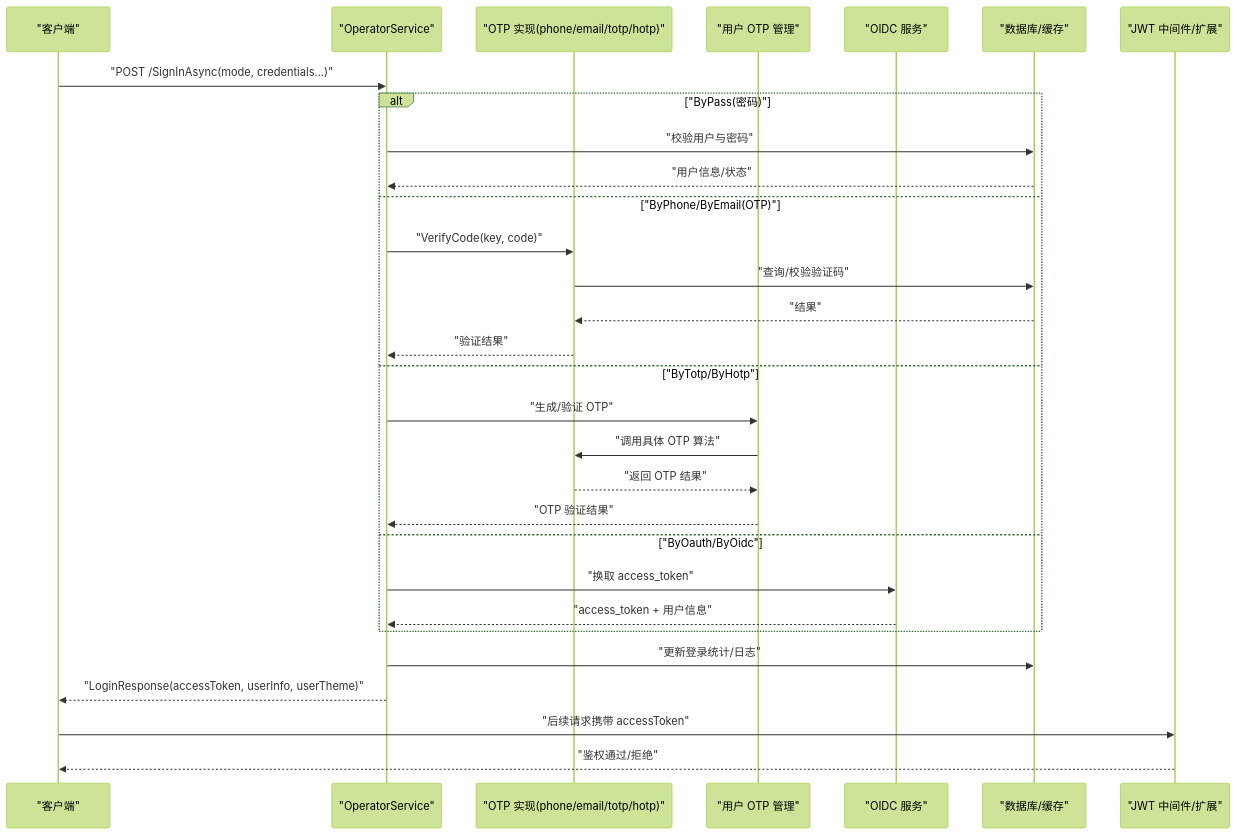
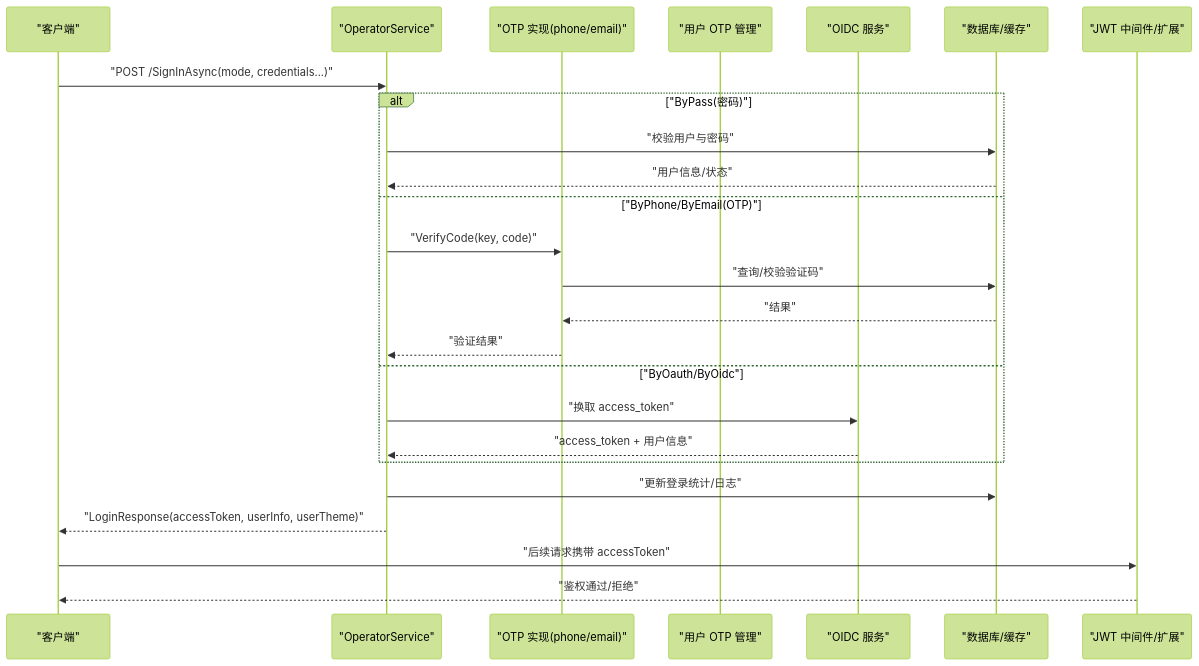
One commit to leadiot/Scm.Net changed the second of 7 diagrams in .qoder/repowiki/zh/content/用户认证系统/用户认证系统.md. Above: the diagram before and after it, drawn with Mermaid (forest theme). The commit also changed other lines of this file and 17 other files, not shown here.

````diff
--- a/.qoder/repowiki/zh/content/用户认证系统/用户认证系统.md
+++ b/.qoder/repowiki/zh/content/用户认证系统/用户认证系统.md
@@ -153,32 +137,27 @@
 ```mermaid
 sequenceDiagram
 participant Client as "客户端"
 participant OP as "OperatorService"
-participant OTP as "OTP 实现(phone/email/totp/hotp)"
+participant OTP as "OTP 实现(phone/email)"
 participant USEROTP as "用户 OTP 管理"
 participant OIDC as "OIDC 服务"
 participant DB as "数据库/缓存"
 participant JWT as "JWT 中间件/扩展"
 Client->>OP : "POST /SignInAsync(mode, credentials...)"
 alt "ByPass(密码)"
 OP->>DB : "校验用户与密码"
 DB-->>OP : "用户信息/状态"
 else "ByPhone/ByEmail(OTP)"
 OP->>OTP : "VerifyCode(key, code)"
 OTP->>DB : "查询/校验验证码"
 DB-->>OTP : "结果"
 OTP-->>OP : "验证结果"
-else "ByTotp/ByHotp"
-OP->>USEROTP : "生成/验证 OTP"
-USEROTP->>OTP : "调用具体 OTP 算法"
-OTP-->>USEROTP : "返回 OTP 结果"
-USEROTP-->>OP : "OTP 验证结果"
 else "ByOauth/ByOidc"
 OP->>OIDC : "换取 access_token"
 OIDC-->>OP : "access_token + 用户信息"
 end
 OP->>DB : "更新登录统计/日志"
 OP-->>Client : "LoginResponse(accessToken, userInfo, userTheme)"
 Client->>JWT : "后续请求携带 accessToken"
 JWT-->>Client : "鉴权通过/拒绝"
 ```
````
